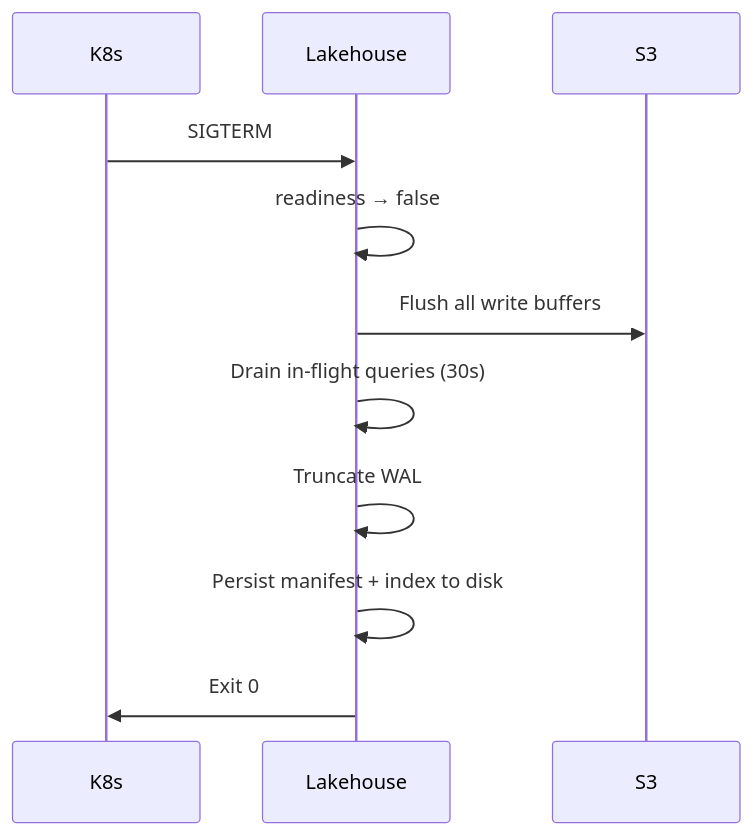
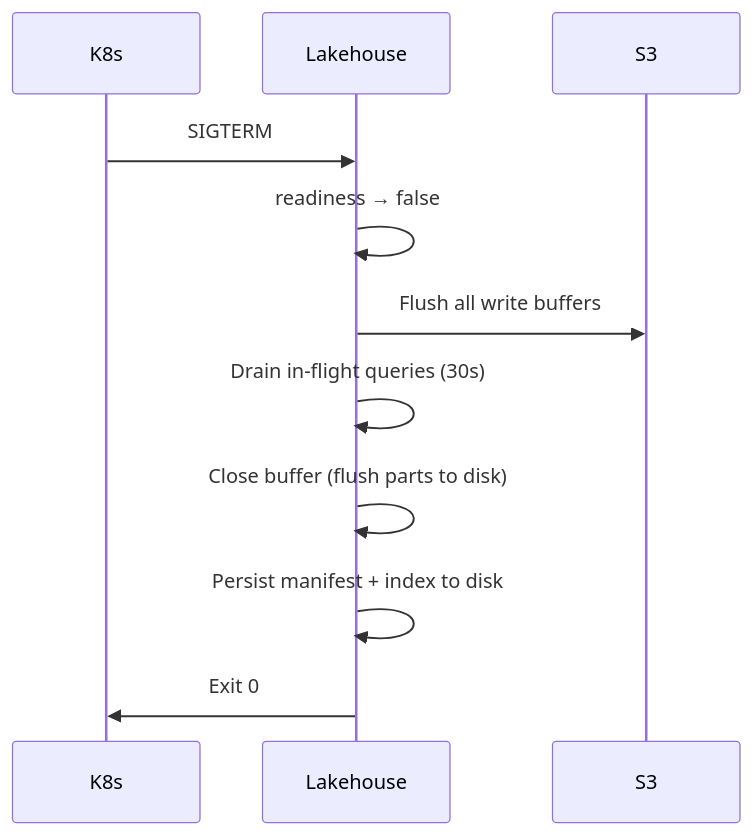
The second of 3 diagrams in docs/operations.md (ReliablyObserve/victoria-lakehouse), drawn with Mermaid before and after one commit. The commit also changed other lines of this file and 5 other files, not shown here.

````diff
--- a/docs/operations.md
+++ b/docs/operations.md
@@ -74,14 +77,14 @@
 ```mermaid
 sequenceDiagram
     participant K8s
     participant Lakehouse
     participant S3
 
     K8s->>Lakehouse: SIGTERM
     Lakehouse->>Lakehouse: readiness → false
     Lakehouse->>S3: Flush all write buffers
     Lakehouse->>Lakehouse: Drain in-flight queries (30s)
-    Lakehouse->>Lakehouse: Truncate WAL
+    Lakehouse->>Lakehouse: Close buffer (flush parts to disk)
     Lakehouse->>Lakehouse: Persist manifest + index to disk
     Lakehouse->>K8s: Exit 0
 ```
````
